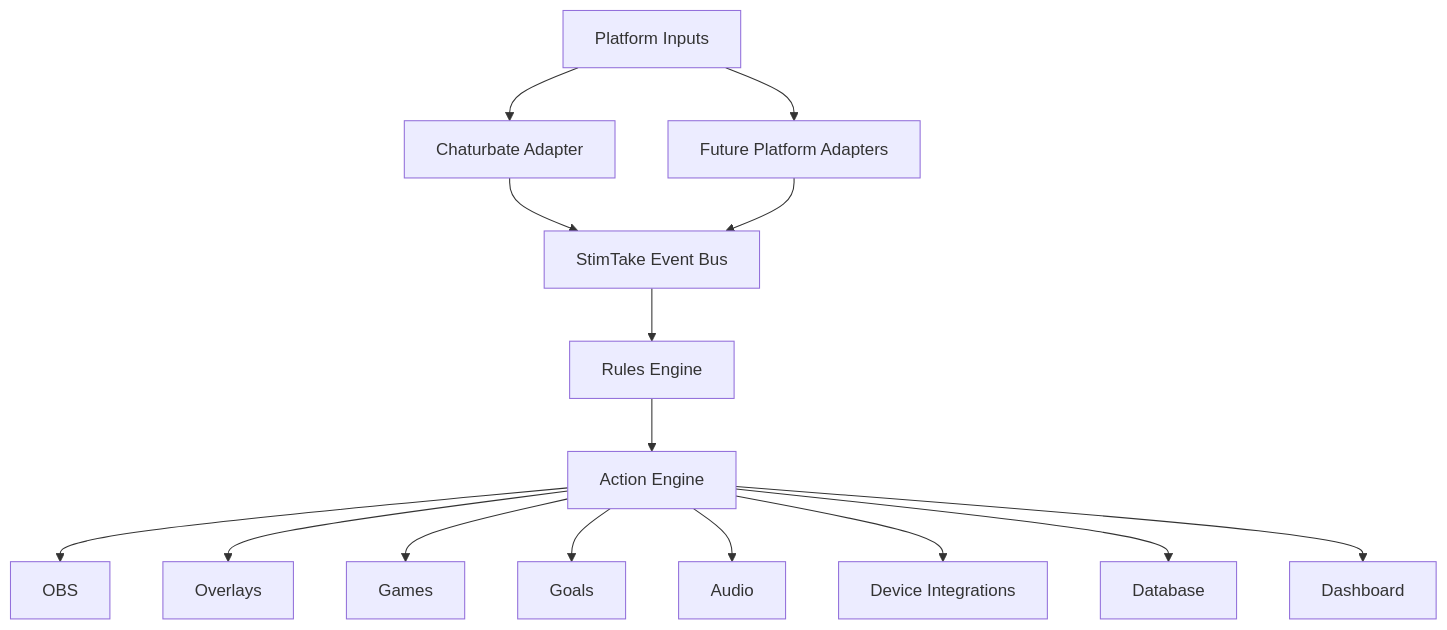
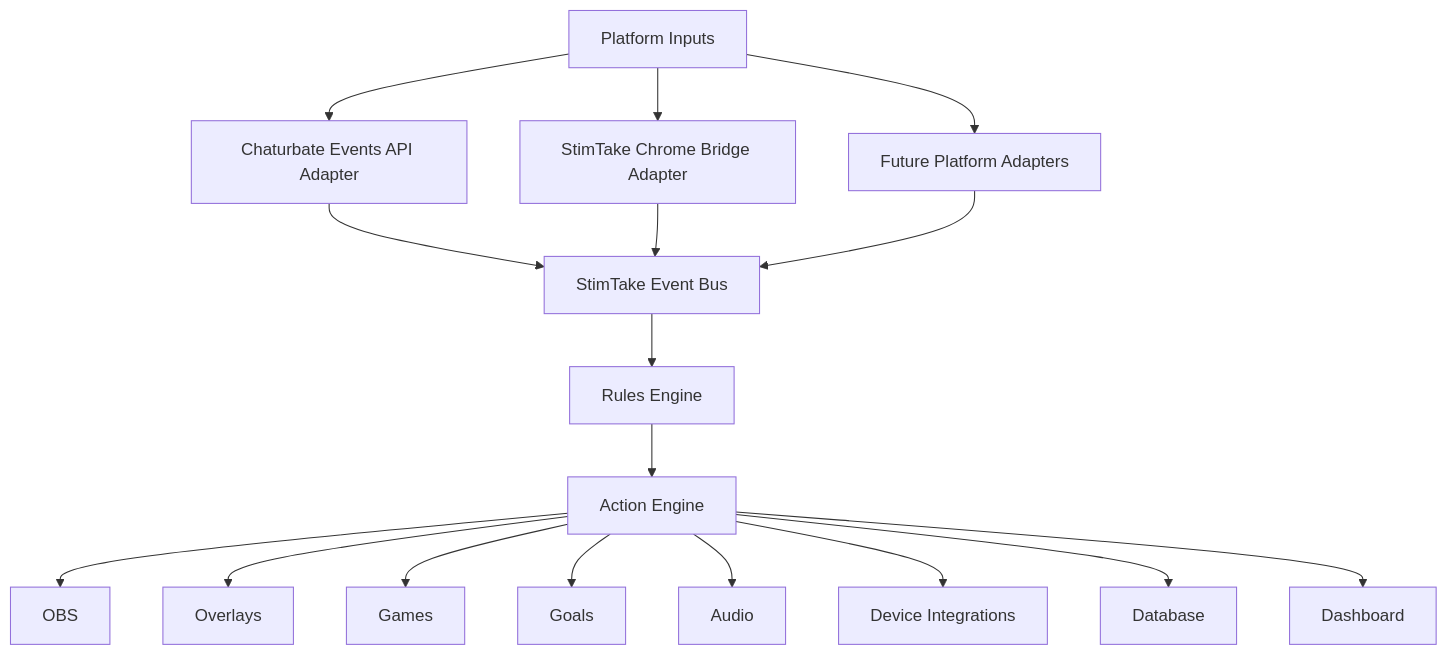
The fourth of 5 diagrams in README.md (tcdoverlord/StimTake-Studio), drawn with Mermaid before and after one commit. The commit also changed other lines of this file, not shown here.

Commit message:
docs: update StimTake V1 progress and browser bridge architecture

````diff
--- a/README.md
+++ b/README.md
@@ -232,21 +314,23 @@
-```mermaid
+``` mermaid
 flowchart TD
     INPUTS[Platform Inputs]
-    INPUTS --> CB[Chaturbate Adapter]
+    INPUTS --> CBAPI[Chaturbate Events API Adapter]
+    INPUTS --> CBBROWSER[StimTake Chrome Bridge Adapter]
     INPUTS --> FUTURE[Future Platform Adapters]
 
-    CB --> BUS[StimTake Event Bus]
+    CBAPI --> BUS[StimTake Event Bus]
+    CBBROWSER --> BUS
     FUTURE --> BUS
 
     BUS --> RULES[Rules Engine]
     RULES --> ACTIONS[Action Engine]
 
     ACTIONS --> OBS[OBS]
     ACTIONS --> OVERLAYS[Overlays]
     ACTIONS --> GAMES[Games]
     ACTIONS --> GOALS[Goals]
     ACTIONS --> AUDIO[Audio]
     ACTIONS --> DEVICES[Device Integrations]
     ACTIONS --> DATABASE[Database]
     ACTIONS --> DASHBOARD[Dashboard]
 ```
````
